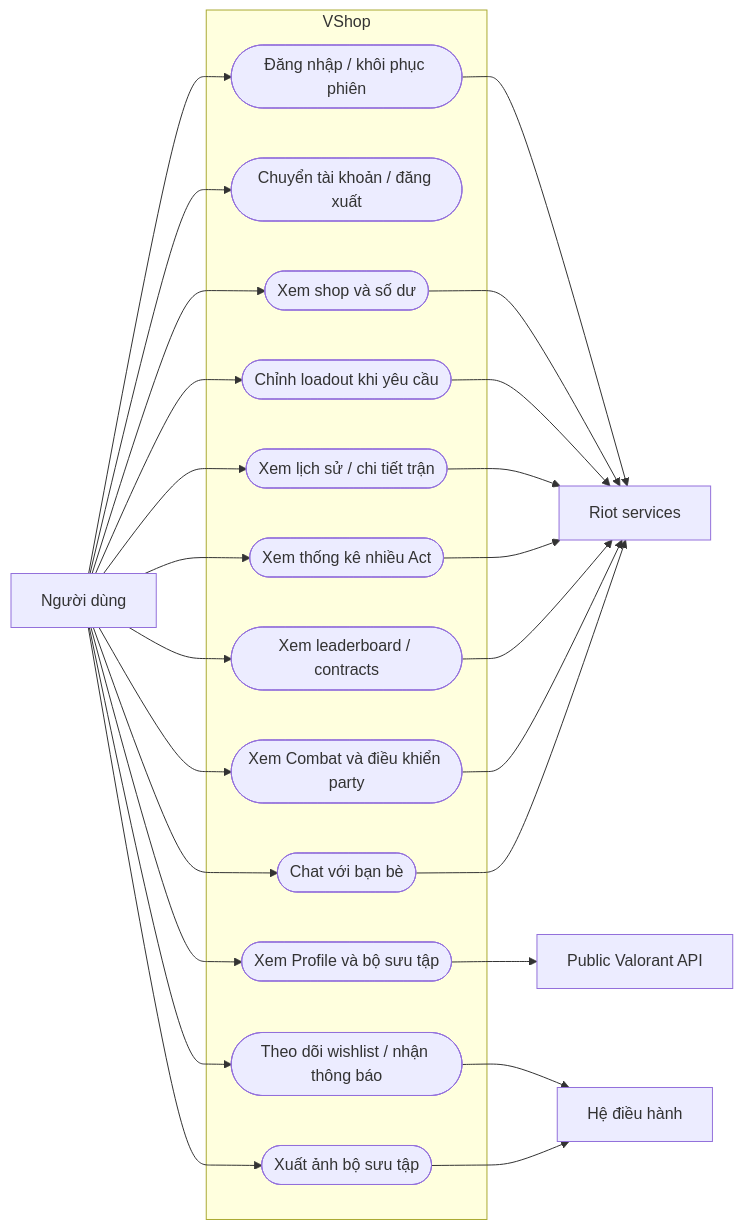
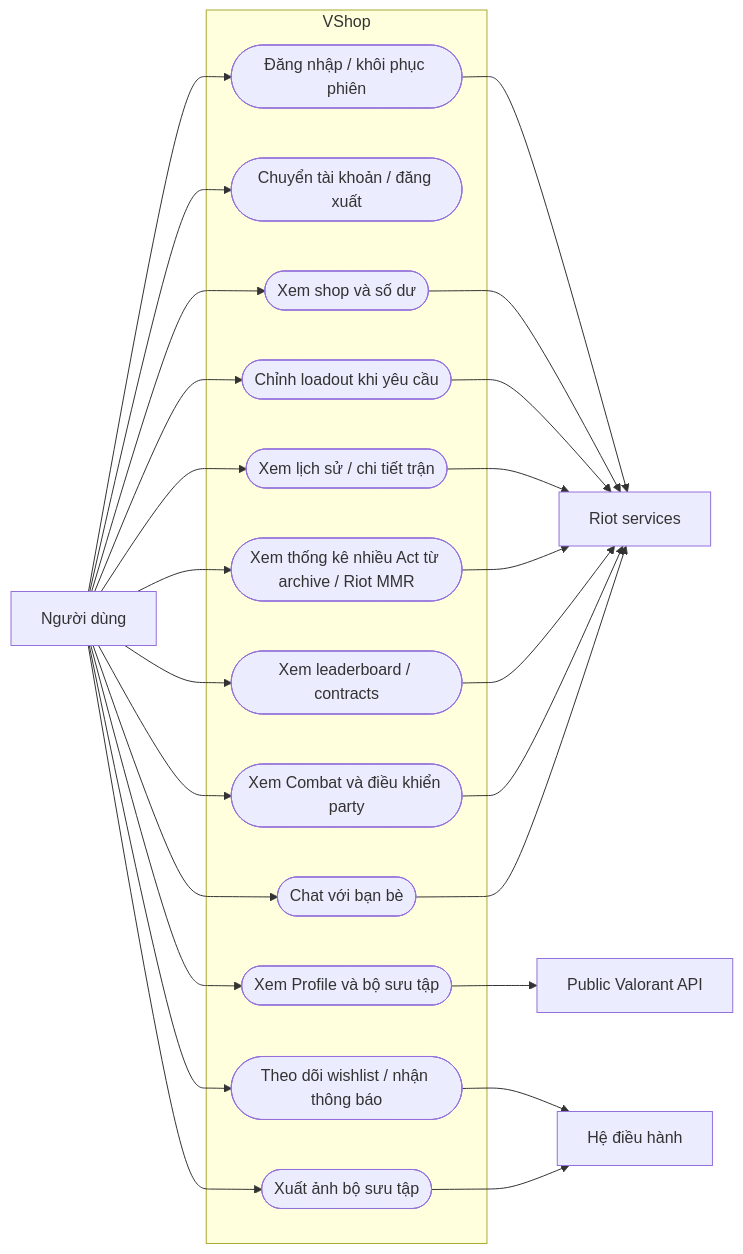
One commit to GinzaTech/Vshop changed the diagram in markdown/07-use-cases.md. Above: the diagram before and after it, drawn with Mermaid. The commit also changed other lines of this file and 56 other files, not shown here.

````diff
--- a/markdown/07-use-cases.md
+++ b/markdown/07-use-cases.md
@@ -6,44 +6,44 @@
 ```mermaid
 flowchart LR
     U[Người dùng]
     R[Riot services]
     V[Public Valorant API]
     OS[Hệ điều hành]
     subgraph App[VShop]
         A([Đăng nhập / khôi phục phiên])
         B([Chuyển tài khoản / đăng xuất])
         C([Xem shop và số dư])
         D([Xem Profile và bộ sưu tập])
         E([Chỉnh loadout khi yêu cầu])
         F([Xem lịch sử / chi tiết trận])
-        G([Xem thống kê nhiều Act])
+        G([Xem thống kê nhiều Act từ archive / Riot MMR])
         H([Xem leaderboard / contracts])
         I([Xem Combat và điều khiển party])
         J([Chat với bạn bè])
         K([Theo dõi wishlist / nhận thông báo])
         L([Xuất ảnh bộ sưu tập])
     end
     U --> A
     U --> B
     U --> C
     U --> D
     U --> E
     U --> F
     U --> G
     U --> H
     U --> I
     U --> J
     U --> K
     U --> L
     A --> R
     C --> R
     E --> R
     F --> R
     G --> R
     H --> R
     I --> R
     J --> R
     D --> V
     K --> OS
     L --> OS
 ```
````
